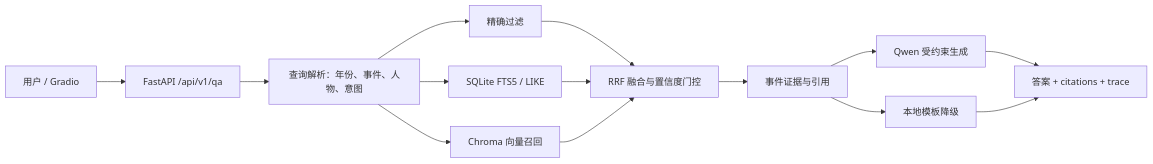
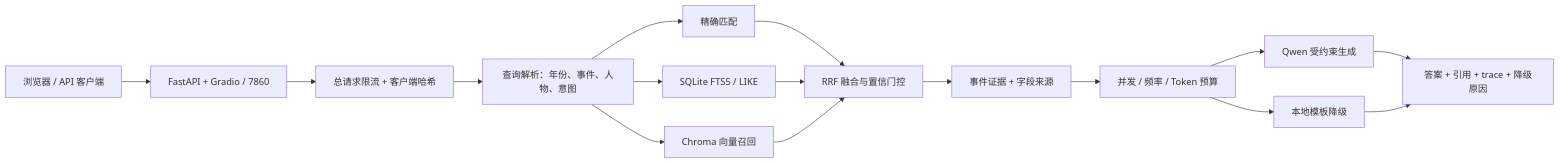
One commit to gaopeng-png/shijian-rag changed the diagram in README.md. Above: the diagram before and after it, drawn with Mermaid. The commit also changed other lines of this file and 4 other files, not shown here.

````diff
--- a/README.md
+++ b/README.md
@@ -28,16 +49,18 @@
 ```mermaid
 flowchart LR
-    U["用户 / Gradio"] --> API["FastAPI /api/v1/qa"]
-    API --> P["查询解析：年份、事件、人物、意图"]
-    P --> E["精确过滤"]
-    P --> F["SQLite FTS5 / LIKE"]
+    U["浏览器 / API 客户端"] --> F["FastAPI + Gradio / 7860"]
+    F --> G["总请求限流 + 客户端哈希"]
+    G --> P["查询解析：年份、事件、人物、意图"]
+    P --> E["精确匹配"]
+    P --> S["SQLite FTS5 / LIKE"]
     P --> V["Chroma 向量召回"]
-    E --> R["RRF 融合与置信度门控"]
-    F --> R
+    E --> R["RRF 融合与置信门控"]
+    S --> R
     V --> R
-    R --> C["事件证据与引用"]
-    C --> Q["Qwen 受约束生成"]
-    C --> L["本地模板降级"]
-    Q --> O["答案 + citations + trace"]
+    R --> C["事件证据 + 字段来源"]
+    C --> B["并发 / 频率 / Token 预算"]
+    B --> Q["Qwen 受约束生成"]
+    B --> L["本地模板降级"]
+    Q --> O["答案 + 引用 + trace + 降级原因"]
     L --> O
 ```
````
